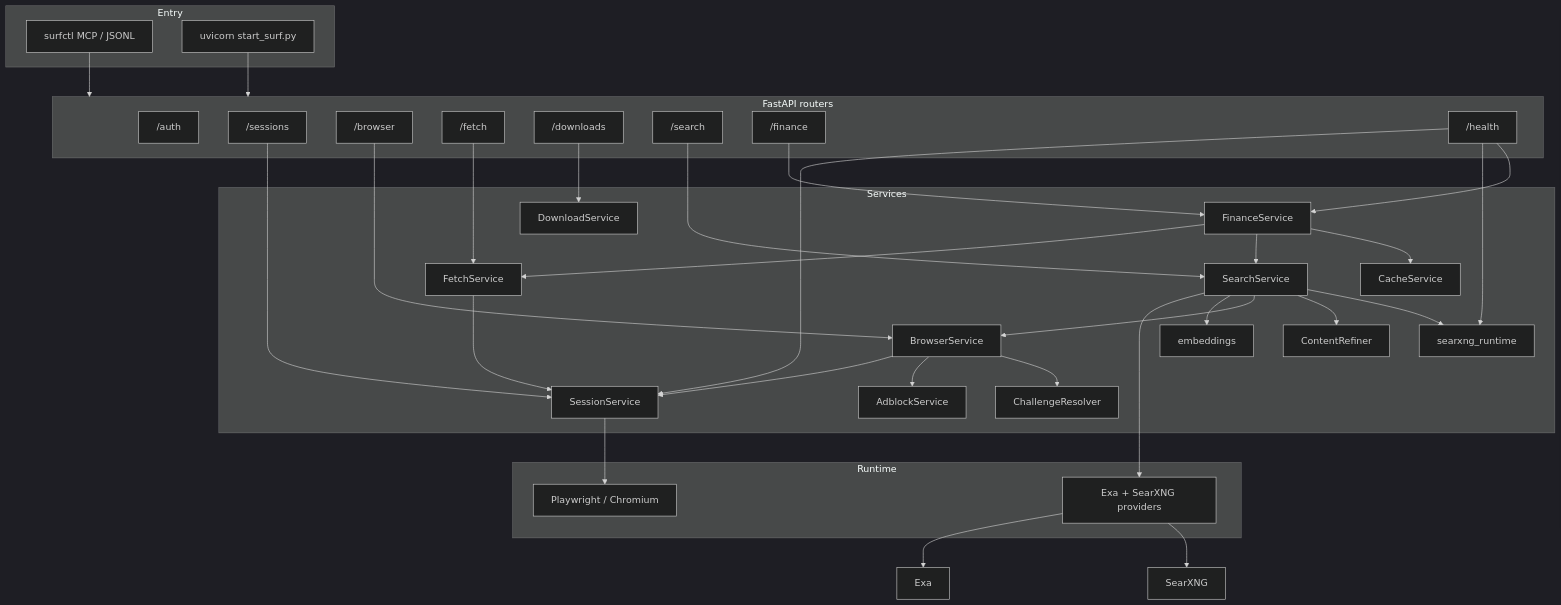
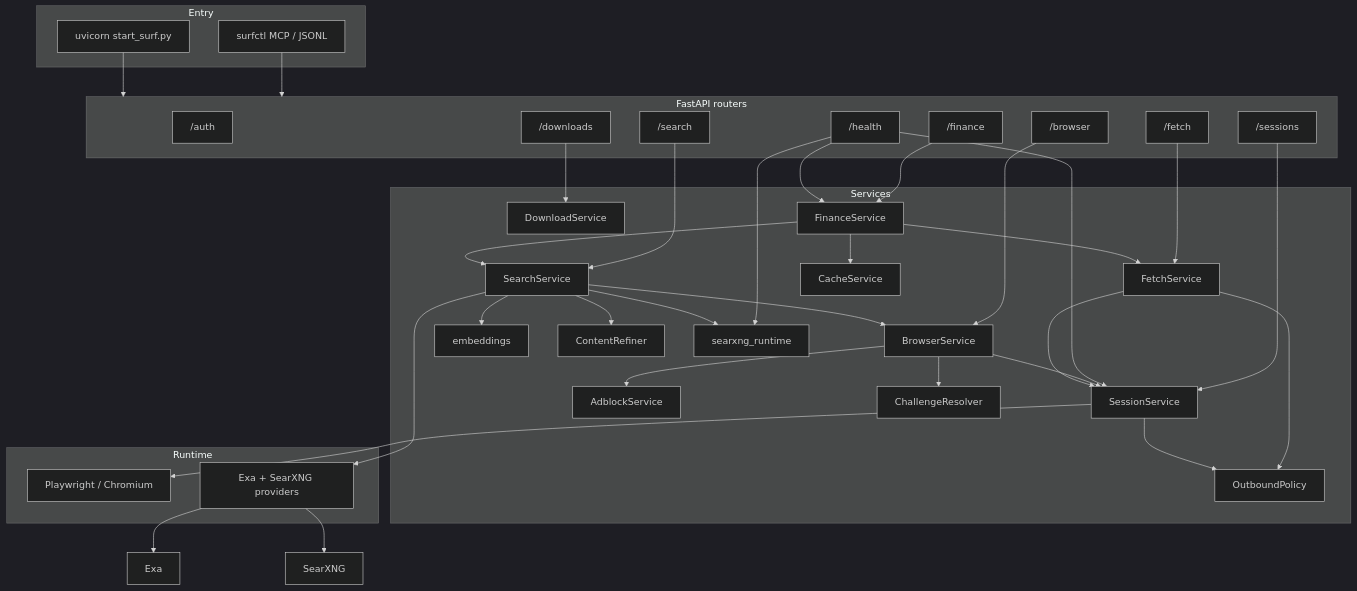
The second of 7 diagrams in ARCHITECTURE.md (nomadbarefoot/SURF), drawn with Mermaid (dark theme) before and after one commit. The commit also changed other lines of this file and 53 other files, not shown here.

````diff
--- a/ARCHITECTURE.md
+++ b/ARCHITECTURE.md
@@ -53,67 +53,70 @@
 ```mermaid
 flowchart TB
   subgraph Entry
     MCP["surfctl MCP / JSONL"]
     UV["uvicorn start_surf.py"]
   end
 
   subgraph API["FastAPI routers"]
     Auth["/auth"]
     Sess["/sessions"]
     Br["/browser"]
     Fet["/fetch"]
     Dl["/downloads"]
     Srch["/search"]
     Fin["/finance"]
     Hlth["/health"]
   end
 
   subgraph Services
     SS["SessionService"]
     BS["BrowserService"]
     FS["FetchService"]
     DS["DownloadService"]
     AB["AdblockService"]
     Search["SearchService"]
     Finance["FinanceService"]
     Emb["embeddings"]
     CR["ContentRefiner"]
     Ch["ChallengeResolver"]
+    Egress["OutboundPolicy"]
     SXRT["searxng_runtime"]
     Cache["CacheService"]
   end
 
   subgraph Runtime
     PW["Playwright / Chromium"]
     Providers["Exa + SearXNG providers"]
   end
 
   MCP --> API
   UV --> API
 
   Sess --> SS
   Br --> BS
   Fet --> FS
   Dl --> DS
   Srch --> Search
   Fin --> Finance
   Hlth --> SS
   Hlth --> SXRT
   Hlth --> Finance
 
   BS --> SS
   BS --> AB
   BS --> Ch
   FS --> SS
+  FS --> Egress
+  SS --> Egress
   Search --> Providers
   Search --> Emb
   Search --> BS
   Search --> CR
   Search --> SXRT
   Finance --> FS
   Finance --> Search
   Finance --> Cache
   SS --> PW
   Providers --> ExaAPI["Exa"]
   Providers --> SearX["SearXNG"]
 ```
````
